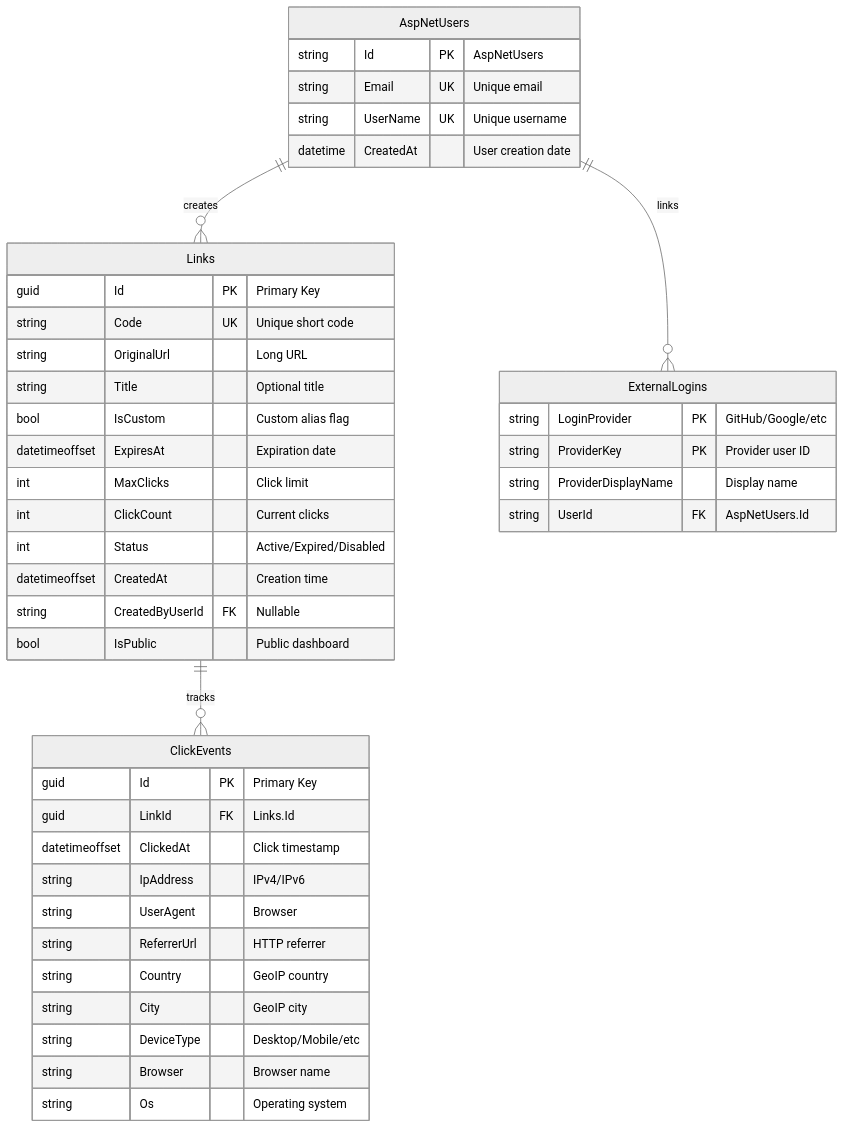
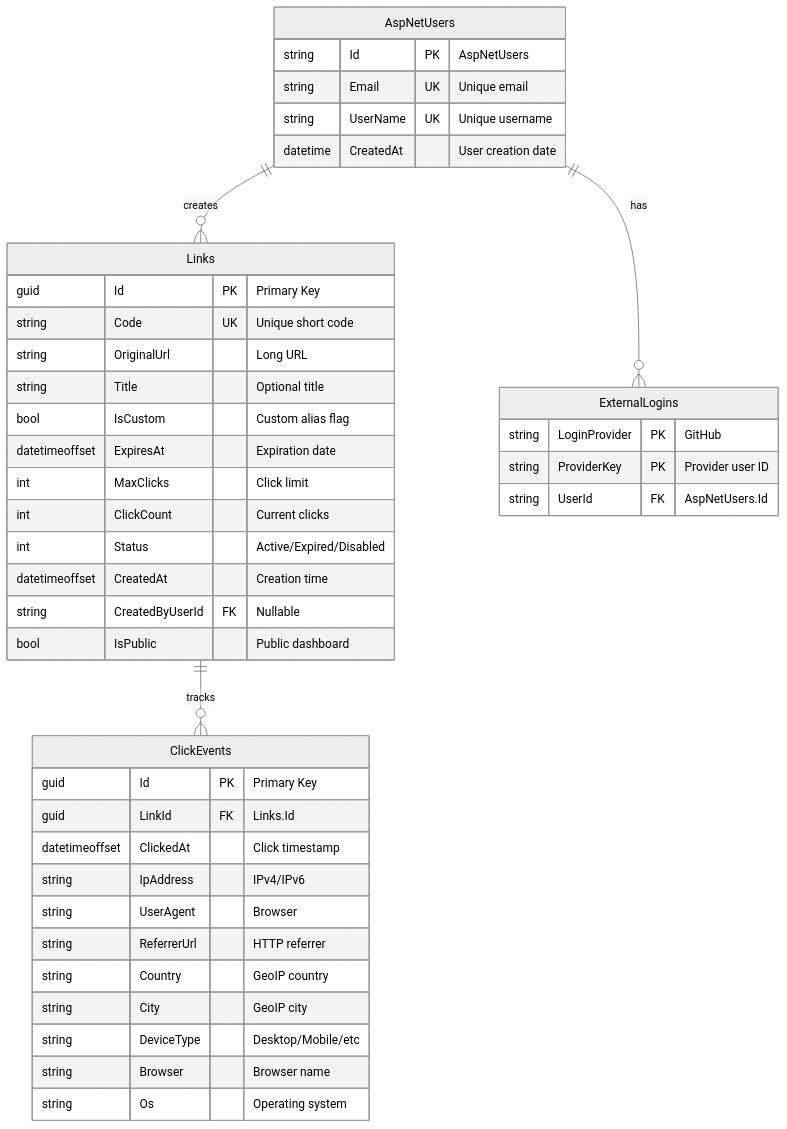
One commit to chrisjamiecarter/CodeReviews.FlagshipProject changed the third of 11 diagrams in FlagshipProject.chrisjamiecarter/README.md. Above: the diagram before and after it, drawn with Mermaid (neutral theme). The commit also changed other lines of this file, not shown here.

Commit message:
Updated: ER Diagram ExternalLogins System Architecture QR Code API Dependency Rules Prerequisites

````diff
--- a/FlagshipProject.chrisjamiecarter/README.md
+++ b/FlagshipProject.chrisjamiecarter/README.md
@@ -279,48 +307,47 @@
 ```mermaid
 erDiagram
     AspNetUsers ||--o{ Links : "creates"
     AspNetUsers {
         string Id PK "AspNetUsers"
         string Email UK "Unique email"
         string UserName UK "Unique username"
         datetime CreatedAt "User creation date"
     }
 
     Links ||--o{ ClickEvents : "tracks"
     Links {
         guid Id PK "Primary Key"
         string Code UK "Unique short code"
         string OriginalUrl "Long URL"
         string Title "Optional title"
         bool IsCustom "Custom alias flag"
         datetimeoffset ExpiresAt "Expiration date"
         int MaxClicks "Click limit"
         int ClickCount "Current clicks"
         int Status "Active/Expired/Disabled"
         datetimeoffset CreatedAt "Creation time"
         string CreatedByUserId FK "Nullable"
         bool IsPublic "Public dashboard"
     }
 
     ClickEvents {
         guid Id PK "Primary Key"
         guid LinkId FK "Links.Id"
         datetimeoffset ClickedAt "Click timestamp"
         string IpAddress "IPv4/IPv6"
         string UserAgent "Browser"
         string ReferrerUrl "HTTP referrer"
         string Country "GeoIP country"
         string City "GeoIP city"
         string DeviceType "Desktop/Mobile/etc"
         string Browser "Browser name"
         string Os "Operating system"
     }
 
-    AspNetUsers ||--o{ ExternalLogins : "links"
+    AspNetUsers ||--o{ ExternalLogins : "has"
     ExternalLogins {
-        string LoginProvider PK "GitHub/Google/etc"
+        string LoginProvider PK "GitHub"
         string ProviderKey PK "Provider user ID"
-        string ProviderDisplayName "Display name"
         string UserId FK "AspNetUsers.Id"
     }
 ```
````
